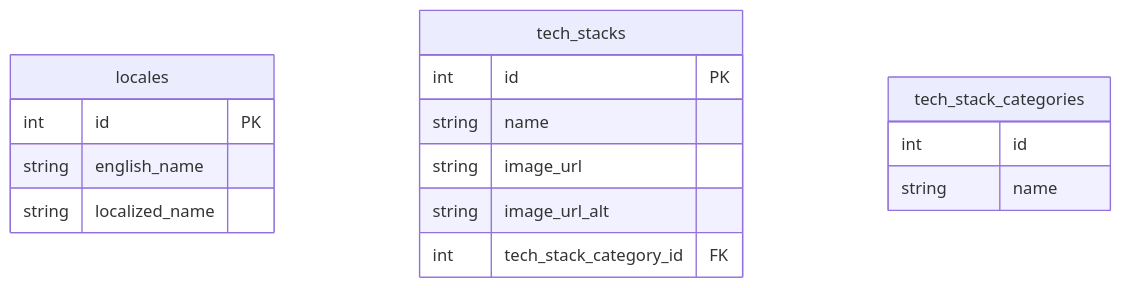
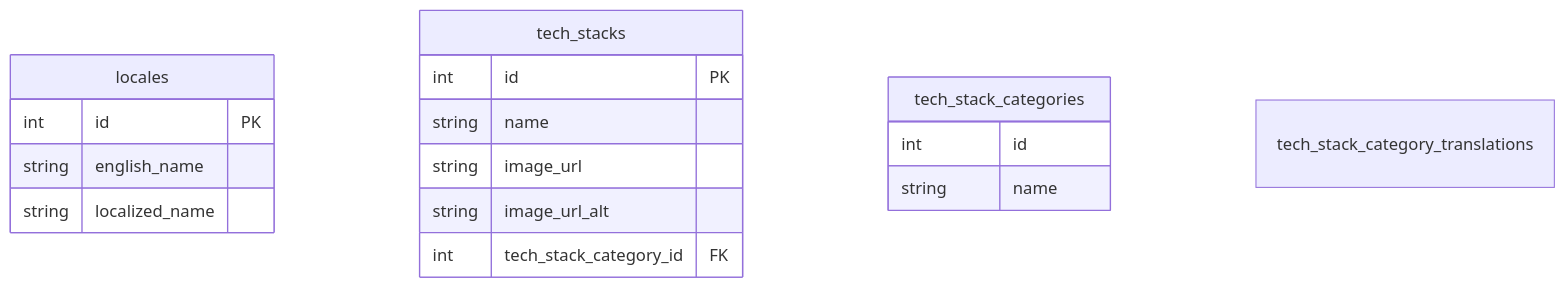
One commit to fadhilahm/personal-website changed the diagram in docs/design/Database Design.md. Above: the diagram before and after it, drawn with Mermaid. The commit also changed other lines of this file, not shown here.

Commit message:
Update Database Design documentation to include tech_stack_category_translations and standardize locales section header

````diff
--- a/docs/design/Database Design.md
+++ b/docs/design/Database Design.md
@@ -5,24 +5,28 @@
 ```mermaid
 
 erDiagram
 
     locales {
         int     id              PK
         string  english_name
         string  localized_name
     }
 
     tech_stacks {
         int     id                      PK
         string  name
         string  image_url
         string  image_url_alt
         int     tech_stack_category_id  FK
     }
 
     tech_stack_categories {
         int     id
         string  name
     }
 
+    tech_stack_category_translations  {
+
+    }
+
 ```
````
